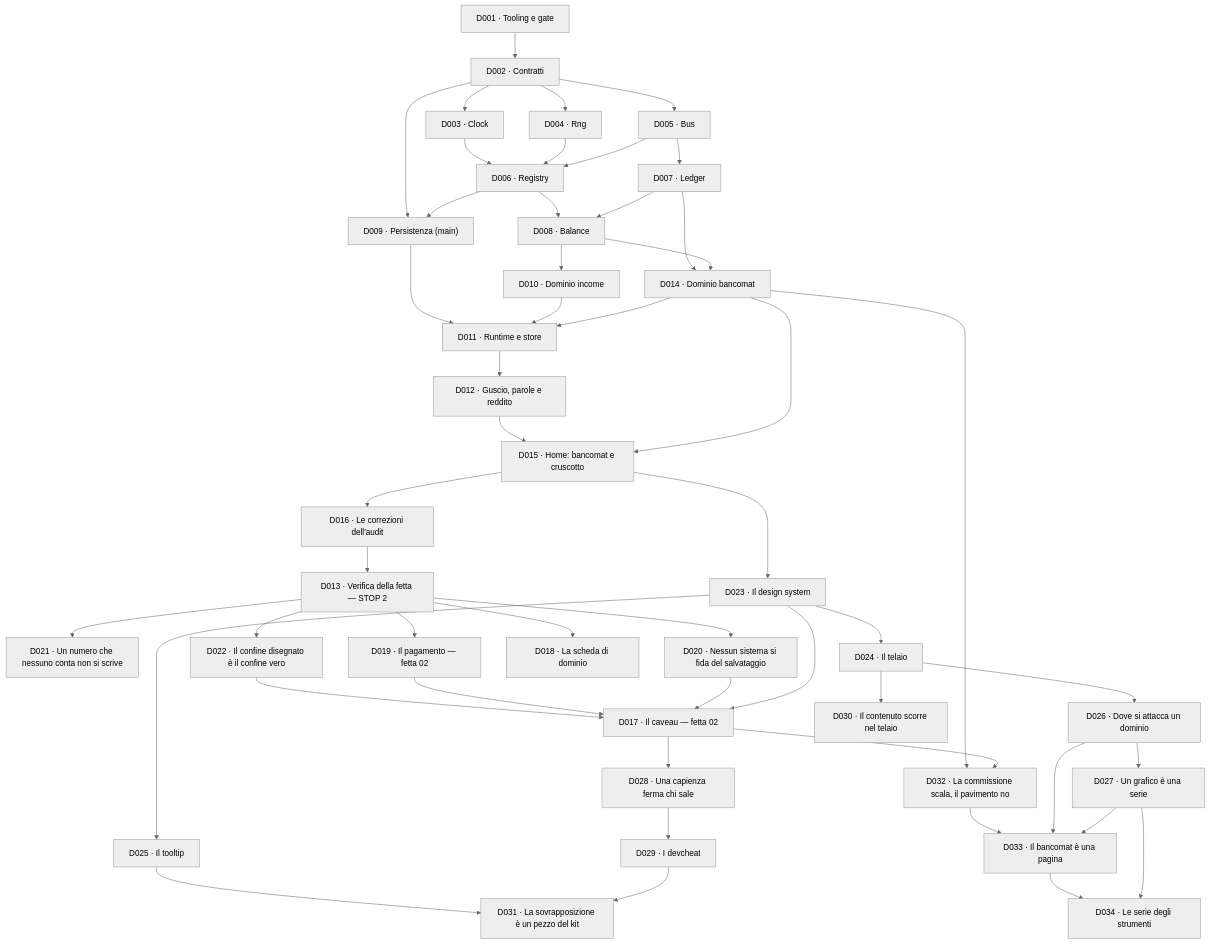
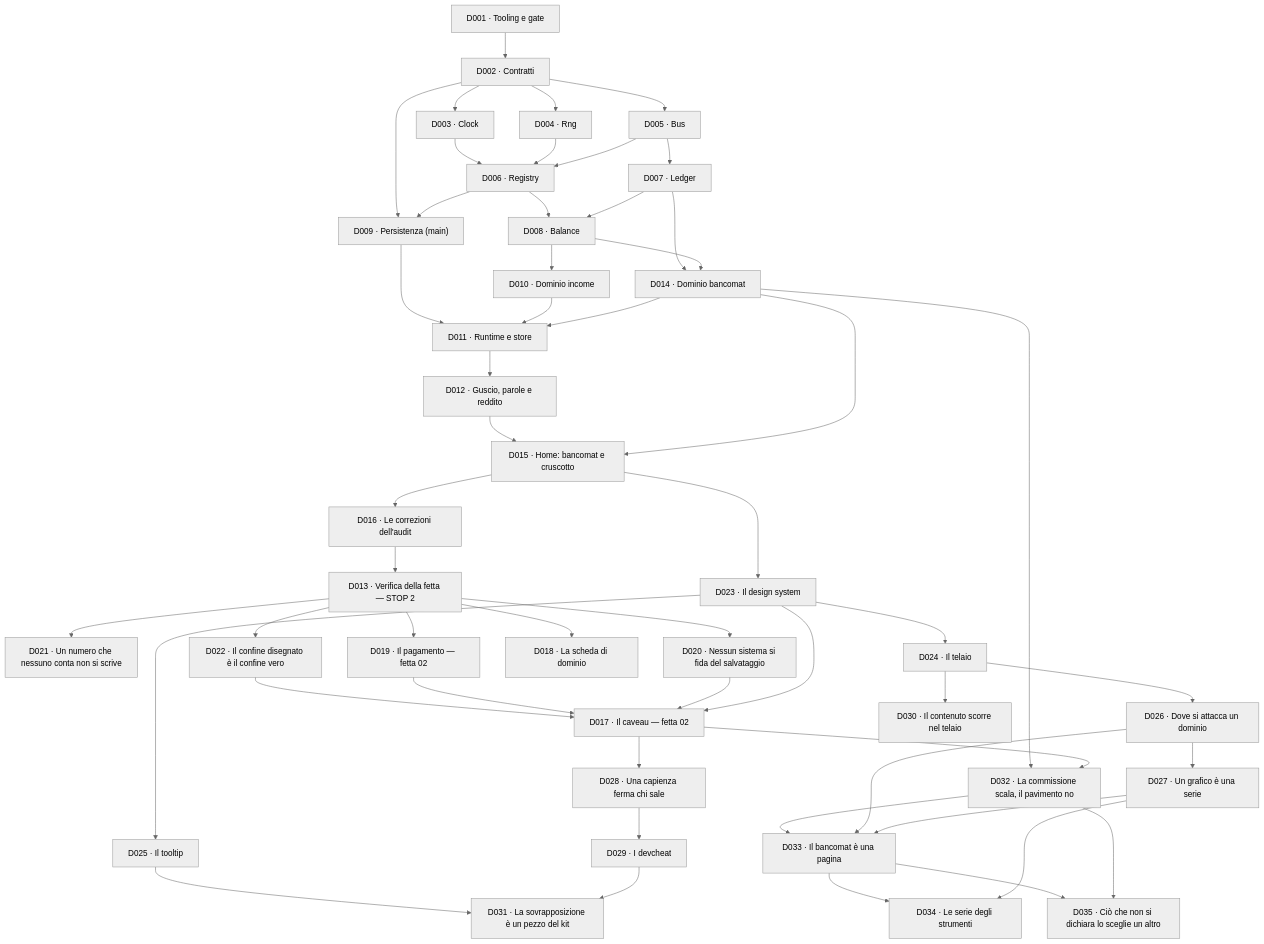
The diagram in docs/delega/README.md (devfrx/solvent), drawn with Mermaid (neutral theme) before and after one commit. The commit also changed other lines of this file and 2 other files, not shown here.

````diff
--- a/docs/delega/README.md
+++ b/docs/delega/README.md
@@ -74,52 +74,54 @@
 ```mermaid
 flowchart TD
   D001["D001 · Tooling e gate"] --> D002["D002 · Contratti"]
   D002 --> D003["D003 · Clock"]
   D002 --> D004["D004 · Rng"]
   D002 --> D005["D005 · Bus"]
   D003 --> D006["D006 · Registry"]
   D004 --> D006
   D005 --> D006
   D005 --> D007["D007 · Ledger"]
   D006 --> D008["D008 · Balance"]
   D007 --> D008
   D002 --> D009["D009 · Persistenza (main)"]
   D006 --> D009
   D008 --> D010["D010 · Dominio income"]
   D007 --> D014["D014 · Dominio bancomat"]
   D008 --> D014
   D009 --> D011["D011 · Runtime e store"]
   D010 --> D011
   D014 --> D011
   D011 --> D012["D012 · Guscio, parole e reddito"]
   D012 --> D015["D015 · Home: bancomat e cruscotto"]
   D014 --> D015
   D015 --> D016["D016 · Le correzioni dell'audit"]
   D016 --> D013["D013 · Verifica della fetta — STOP 2"]
   D013 --> D021["D021 · Un numero che nessuno conta non si scrive"]
   D013 --> D022["D022 · Il confine disegnato è il confine vero"]
   D022 --> D017
   D013 --> D019["D019 · Il pagamento — fetta 02"]
   D013 --> D020["D020 · Nessun sistema si fida del salvataggio"]
   D015 --> D023["D023 · Il design system"]
   D019 --> D017["D017 · Il caveau — fetta 02"]
   D020 --> D017
   D023 --> D017
   D013 --> D018["D018 · La scheda di dominio"]
   D023 --> D024["D024 · Il telaio"]
   D023 --> D025["D025 · Il tooltip"]
   D024 --> D026["D026 · Dove si attacca un dominio"]
   D026 --> D027["D027 · Un grafico è una serie"]
   D017 --> D028["D028 · Una capienza ferma chi sale"]
   D028 --> D029["D029 · I devcheat"]
   D024 --> D030["D030 · Il contenuto scorre nel telaio"]
   D025 --> D031["D031 · La sovrapposizione è un pezzo del kit"]
   D029 --> D031
   D014 --> D032["D032 · La commissione scala, il pavimento no"]
   D017 --> D032
   D032 --> D033["D033 · Il bancomat è una pagina"]
   D026 --> D033
   D027 --> D033
   D033 --> D034["D034 · Le serie degli strumenti"]
   D027 --> D034
+  D033 --> D035["D035 · Ciò che non si dichiara lo sceglie un altro"]
+  D032 --> D035
 ```
````
